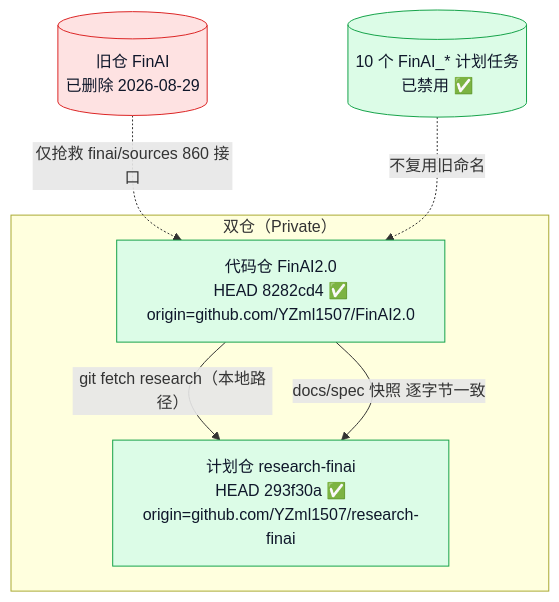
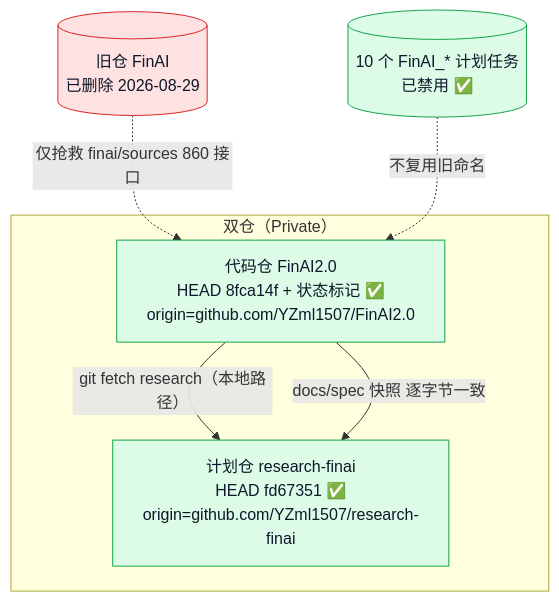
The first of 4 diagrams in docs/project_status_flowchart.md (YZml1507/FinAI2.0), drawn with Mermaid before and after one commit. The commit also changed other lines of this file and 3 other files, not shown here.

Commit message:
docs: T201/T202 状态标记 — CLAUDE.md §0/§5/§7 + spec 快照同步（research-finai fd67351）+ 流程图 md/html 同步（当前位 Phase 2 · T203 进行中）

````diff
--- a/docs/project_status_flowchart.md
+++ b/docs/project_status_flowchart.md
@@ -9,17 +9,17 @@
 ```mermaid
 flowchart TD
   subgraph REPO["双仓（Private）"]
-    F[代码仓 FinAI2.0<br/>HEAD 8282cd4 ✅<br/>origin=github.com/YZml1507/FinAI2.0] 
-    R[计划仓 research-finai<br/>HEAD 293f30a ✅<br/>origin=github.com/YZml1507/research-finai]
+    F[代码仓 FinAI2.0<br/>HEAD 8fca14f + 状态标记 ✅<br/>origin=github.com/YZml1507/FinAI2.0] 
+    R[计划仓 research-finai<br/>HEAD fd67351 ✅<br/>origin=github.com/YZml1507/research-finai]
     F -->|git fetch research（本地路径）| R
     F -->|docs/spec 快照 逐字节一致| R
   end
   DEL[(旧仓 FinAI<br/>已删除 2026-08-29)]
   TASK[(10 个 FinAI_* 计划任务<br/>已禁用 ✅)]
   DEL -.->|仅抢救 finai/sources 860 接口| F
   TASK -.->|不复用旧命名| F
   style F fill:#dcfce7,stroke:#16a34a,color:#0f172a
   style R fill:#dcfce7,stroke:#16a34a,color:#0f172a
   style DEL fill:#fee2e2,stroke:#dc2626,color:#0f172a
   style TASK fill:#dcfce7,stroke:#16a34a,color:#0f172a
 ```
````
